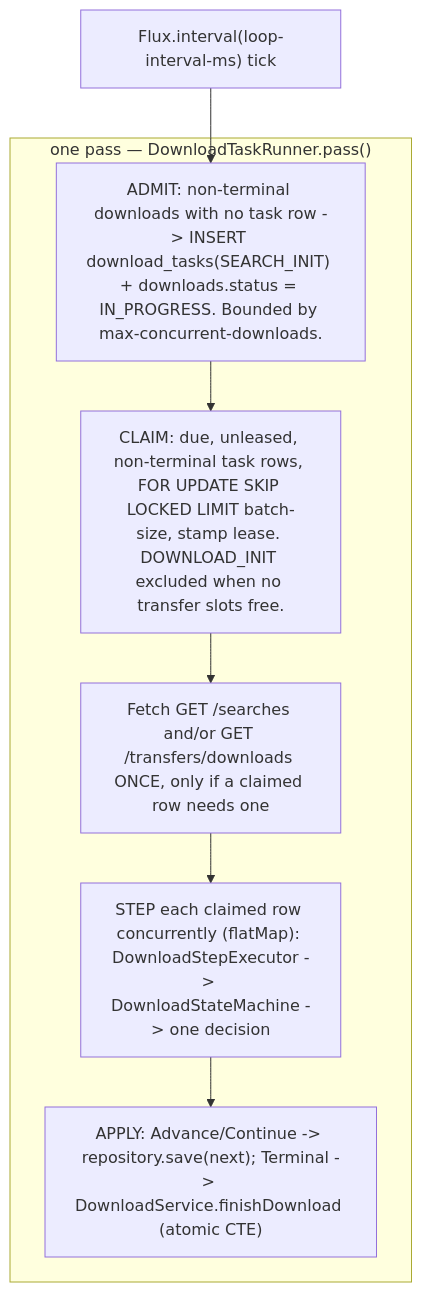
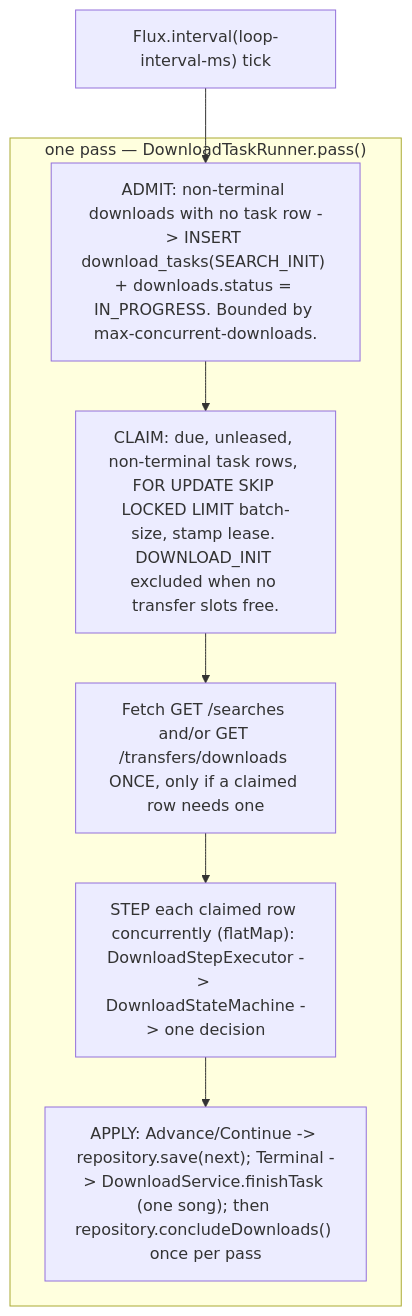
Before and after one commit to catacomb5099/naviseerr: the diagram in docs/architecture/download-manager.md, drawn with Mermaid. The commit also changed other lines of this file and 34 other files, not shown here.

````diff
--- a/docs/architecture/download-manager.md
+++ b/docs/architecture/download-manager.md
@@ -18,11 +18,11 @@
 ```mermaid
 flowchart TD
     tick["Flux.interval(loop-interval-ms) tick"] --> admit
     subgraph pass ["one pass — DownloadTaskRunner.pass()"]
       admit["ADMIT: non-terminal downloads with no task row -> INSERT download_tasks(SEARCH_INIT) + downloads.status = IN_PROGRESS. Bounded by max-concurrent-downloads."]
       admit --> claim["CLAIM: due, unleased, non-terminal task rows, FOR UPDATE SKIP LOCKED LIMIT batch-size, stamp lease. DOWNLOAD_INIT excluded when no transfer slots free."]
       claim --> fetch["Fetch GET /searches and/or GET /transfers/downloads ONCE, only if a claimed row needs one"]
       fetch --> step["STEP each claimed row concurrently (flatMap): DownloadStepExecutor -> DownloadStateMachine -> one decision"]
-      step --> apply["APPLY: Advance/Continue -> repository.save(next); Terminal -> DownloadService.finishDownload (atomic CTE)"]
+      step --> apply["APPLY: Advance/Continue -> repository.save(next); Terminal -> DownloadService.finishTask (one song); then repository.concludeDownloads() once per pass"]
     end
 ```
````
